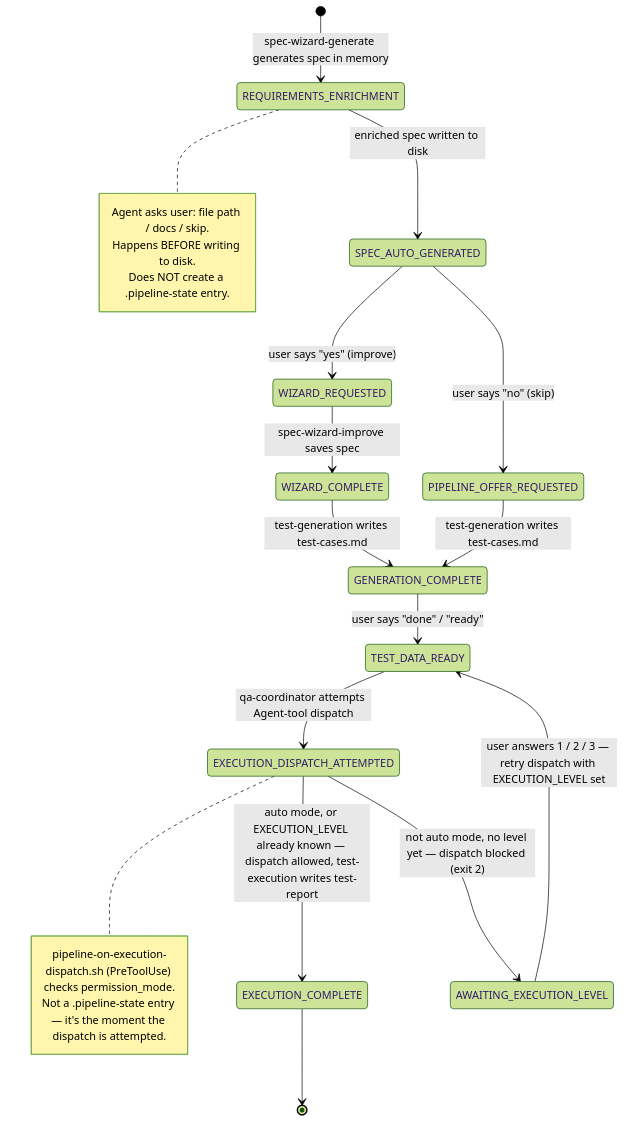
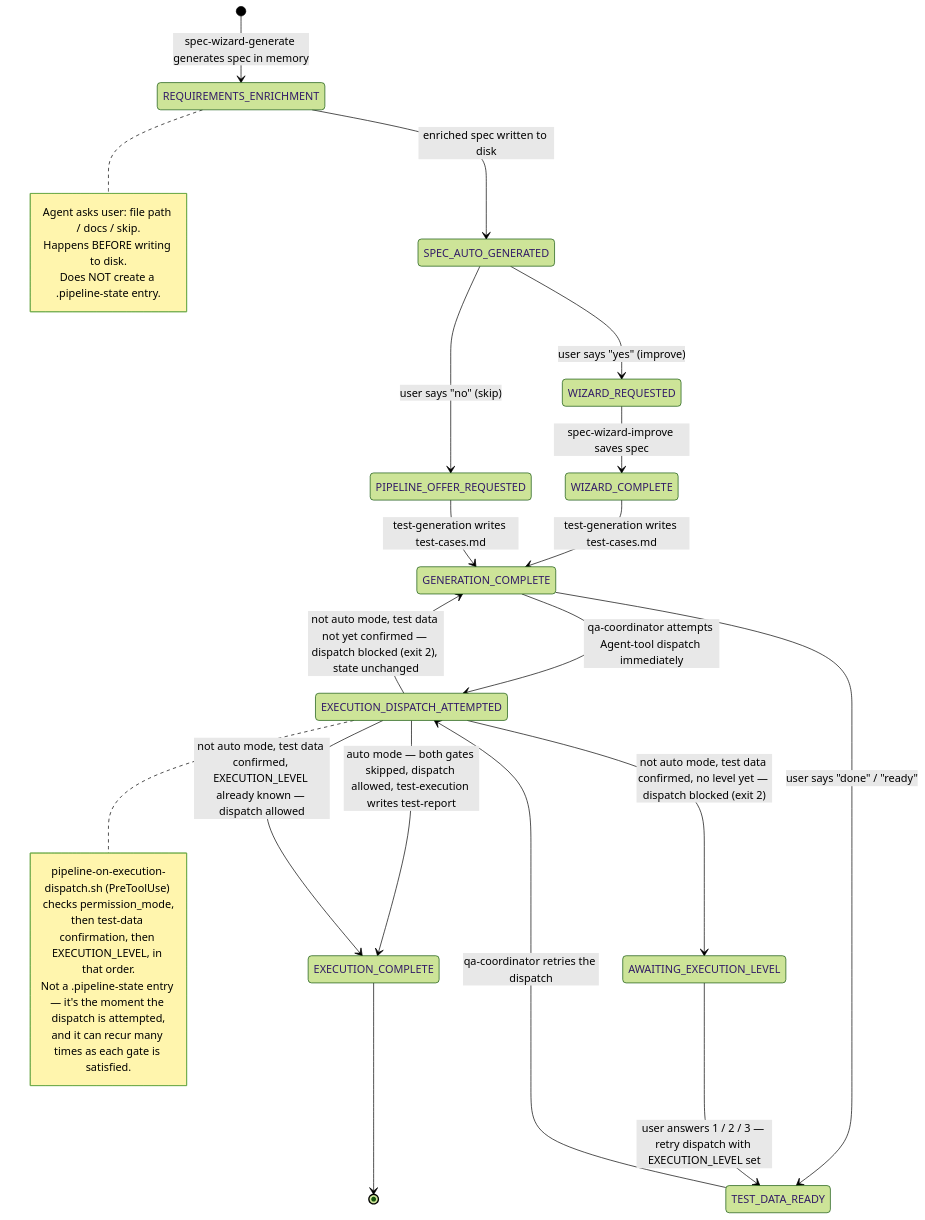
The second of 2 diagrams in personal-explanation.md (Strako/AI-Driven-UI-Specification-QA-Automation-Suite), drawn with Mermaid (forest theme) before and after one commit. The commit also changed other lines of this file and 7 other files, not shown here.

Commit message:
fix: enforce detherministic test-data.md filling when claude code is not in auto mode

````diff
--- a/personal-explanation.md
+++ b/personal-explanation.md
@@ -635,25 +660,30 @@
 ```mermaid
 stateDiagram-v2
     [*] --> REQUIREMENTS_ENRICHMENT : spec-wizard-generate generates spec in memory
     note right of REQUIREMENTS_ENRICHMENT
         Agent asks user: file path / docs / skip.
         Happens BEFORE writing to disk.
         Does NOT create a .pipeline-state entry.
     end note
     REQUIREMENTS_ENRICHMENT --> SPEC_AUTO_GENERATED : enriched spec written to disk
     SPEC_AUTO_GENERATED --> WIZARD_REQUESTED : user says "yes" (improve)
     SPEC_AUTO_GENERATED --> PIPELINE_OFFER_REQUESTED : user says "no" (skip)
     WIZARD_REQUESTED --> WIZARD_COMPLETE : spec-wizard-improve saves spec
     WIZARD_COMPLETE --> GENERATION_COMPLETE : test-generation writes test-cases.md
     PIPELINE_OFFER_REQUESTED --> GENERATION_COMPLETE : test-generation writes test-cases.md
+    GENERATION_COMPLETE --> EXECUTION_DISPATCH_ATTEMPTED : qa-coordinator attempts Agent-tool dispatch immediately
+    note right of EXECUTION_DISPATCH_ATTEMPTED
+        pipeline-on-execution-dispatch.sh (PreToolUse) checks permission_mode,
+        then test-data confirmation, then EXECUTION_LEVEL, in that order.
+        Not a .pipeline-state entry — it's the moment the dispatch is attempted,
+        and it can recur many times as each gate is satisfied.
+    end note
+    EXECUTION_DISPATCH_ATTEMPTED --> EXECUTION_COMPLETE : auto mode — both gates skipped, dispatch allowed, test-execution writes test-report
+    EXECUTION_DISPATCH_ATTEMPTED --> GENERATION_COMPLETE : not auto mode, test data not yet confirmed — dispatch blocked (exit 2), state unchanged
     GENERATION_COMPLETE --> TEST_DATA_READY : user says "done" / "ready"
-    TEST_DATA_READY --> EXECUTION_DISPATCH_ATTEMPTED : qa-coordinator attempts Agent-tool dispatch
-    note right of EXECUTION_DISPATCH_ATTEMPTED
-        pipeline-on-execution-dispatch.sh (PreToolUse) checks permission_mode.
-        Not a .pipeline-state entry — it's the moment the dispatch is attempted.
-    end note
-    EXECUTION_DISPATCH_ATTEMPTED --> EXECUTION_COMPLETE : auto mode, or EXECUTION_LEVEL already known — dispatch allowed, test-execution writes test-report
-    EXECUTION_DISPATCH_ATTEMPTED --> AWAITING_EXECUTION_LEVEL : not auto mode, no level yet — dispatch blocked (exit 2)
+    TEST_DATA_READY --> EXECUTION_DISPATCH_ATTEMPTED : qa-coordinator retries the dispatch
+    EXECUTION_DISPATCH_ATTEMPTED --> EXECUTION_COMPLETE : not auto mode, test data confirmed, EXECUTION_LEVEL already known — dispatch allowed
+    EXECUTION_DISPATCH_ATTEMPTED --> AWAITING_EXECUTION_LEVEL : not auto mode, test data confirmed, no level yet — dispatch blocked (exit 2)
     AWAITING_EXECUTION_LEVEL --> TEST_DATA_READY : user answers 1 / 2 / 3 — retry dispatch with EXECUTION_LEVEL set
     EXECUTION_COMPLETE --> [*]
 ```
````
